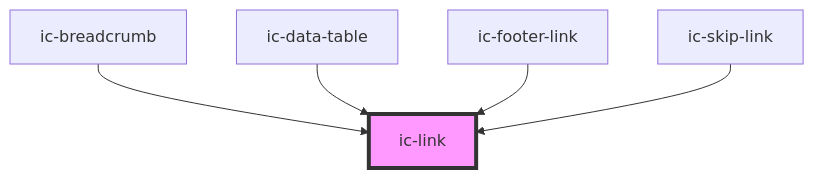
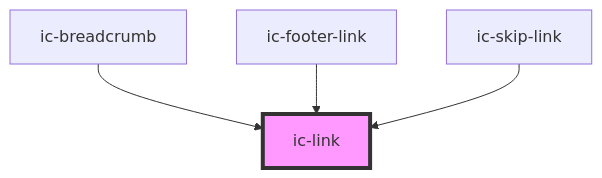
One commit to mi6/ic-ui-kit changed the diagram in packages/web-components/src/components/ic-link/readme.md. Above: the diagram before and after it, drawn with Mermaid. The commit also changed other lines of this file and 134 other files, not shown here.

````diff
--- a/packages/web-components/src/components/ic-link/readme.md
+++ b/packages/web-components/src/components/ic-link/readme.md
@@ -53,8 +51,7 @@
 ```mermaid
 graph TD;
   ic-breadcrumb --> ic-link
-  ic-data-table --> ic-link
   ic-footer-link --> ic-link
   ic-skip-link --> ic-link
   style ic-link fill:#f9f,stroke:#333,stroke-width:4px
 ```
````
